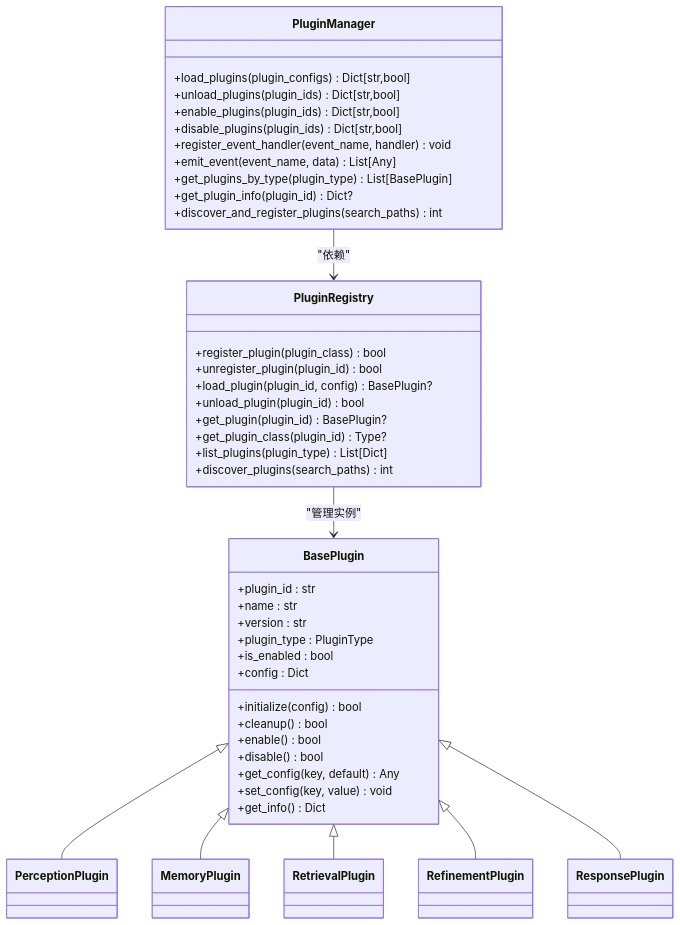
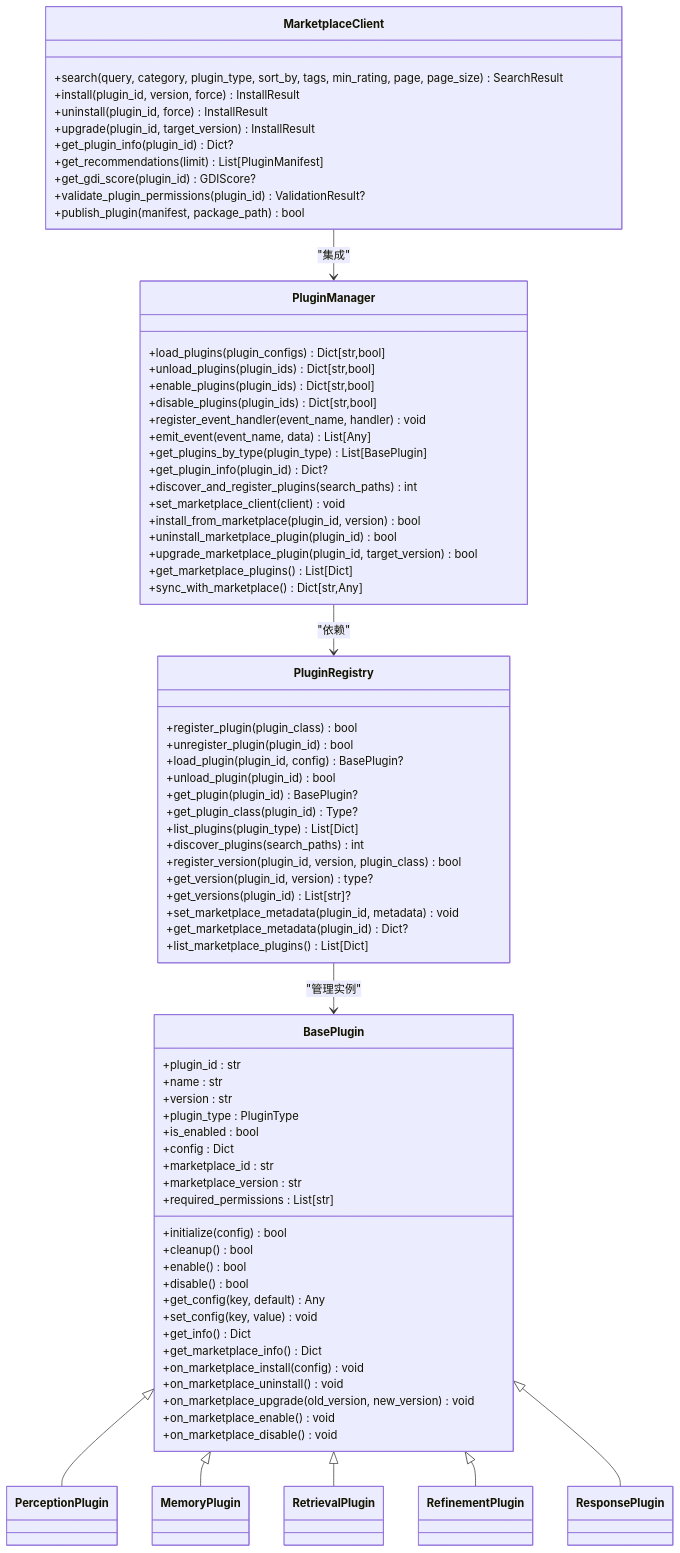
The second of 6 diagrams in .qoder/repowiki/zh/content/插件扩展系统.md (JieGaoPrinceton/NecoRAG), drawn with Mermaid before and after one commit. The commit also changed other lines of this file and 70 other files, not shown here.

````diff
--- a/.qoder/repowiki/zh/content/插件扩展系统.md
+++ b/.qoder/repowiki/zh/content/插件扩展系统.md
@@ -87,51 +121,79 @@
 ```mermaid
 classDiagram
 class BasePlugin {
 +plugin_id : str
 +name : str
 +version : str
 +plugin_type : PluginType
 +is_enabled : bool
 +config : Dict
++marketplace_id : str
++marketplace_version : str
++required_permissions : List[str]
 +initialize(config) bool
 +cleanup() bool
 +enable() bool
 +disable() bool
 +get_config(key, default) Any
 +set_config(key, value) void
 +get_info() Dict
++get_marketplace_info() Dict
++on_marketplace_install(config) void
++on_marketplace_uninstall() void
++on_marketplace_upgrade(old_version, new_version) void
++on_marketplace_enable() void
++on_marketplace_disable() void
 }
-class PerceptionPlugin
-class MemoryPlugin
-class RetrievalPlugin
-class RefinementPlugin
-class ResponsePlugin
 class PluginRegistry {
 +register_plugin(plugin_class) bool
 +unregister_plugin(plugin_id) bool
 +load_plugin(plugin_id, config) BasePlugin?
 +unload_plugin(plugin_id) bool
 +get_plugin(plugin_id) BasePlugin?
 +get_plugin_class(plugin_id) Type?
 +list_plugins(plugin_type) List[Dict]
 +discover_plugins(search_paths) int
++register_version(plugin_id, version, plugin_class) bool
++get_version(plugin_id, version) type?
++get_versions(plugin_id) List[str]?
++set_marketplace_metadata(plugin_id, metadata) void
++get_marketplace_metadata(plugin_id) Dict?
++list_marketplace_plugins() List[Dict]
 }
 class PluginManager {
 +load_plugins(plugin_configs) Dict[str,bool]
 +unload_plugins(plugin_ids) Dict[str,bool]
 +enable_plugins(plugin_ids) Dict[str,bool]
 +disable_plugins(plugin_ids) Dict[str,bool]
 +register_event_handler(event_name, handler) void
 +emit_event(event_name, data) List[Any]
 +get_plugins_by_type(plugin_type) List[BasePlugin]
 +get_plugin_info(plugin_id) Dict?
 +discover_and_register_plugins(search_paths) int
++set_marketplace_client(client) void
++install_from_marketplace(plugin_id, version) bool
++uninstall_marketplace_plugin(plugin_id) bool
++upgrade_marketplace_plugin(plugin_id, target_version) bool
++get_marketplace_plugins() List[Dict]
++sync_with_marketplace() Dict[str,Any]
+}
+class MarketplaceClient {
++search(query, category, plugin_type, sort_by, tags, min_rating, page, page_size) SearchResult
++install(plugin_id, version, force) InstallResult
++uninstall(plugin_id, force) InstallResult
++upgrade(plugin_id, target_version) InstallResult
++get_plugin_info(plugin_id) Dict?
++get_recommendations(limit) List[PluginManifest]
++get_gdi_score(plugin_id) GDIScore?
++validate_plugin_permissions(plugin_id) ValidationResult?
++publish_plugin(manifest, package_path) bool
 }
 BasePlugin <|-- PerceptionPlugin
 BasePlugin <|-- MemoryPlugin
 BasePlugin <|-- RetrievalPlugin
 BasePlugin <|-- RefinementPlugin
 BasePlugin <|-- ResponsePlugin
 PluginRegistry --> BasePlugin : "管理实例"
 PluginManager --> PluginRegistry : "依赖"
+MarketplaceClient --> PluginManager : "集成"
 ```
````
